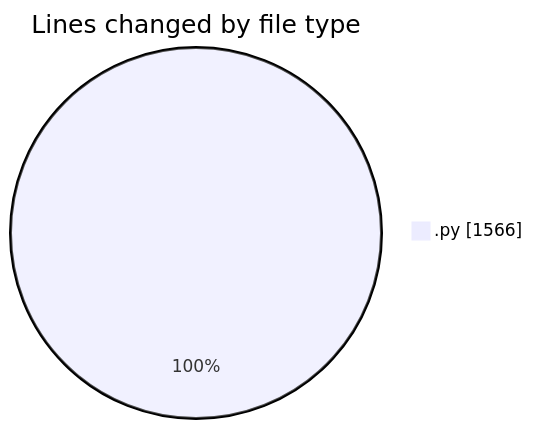
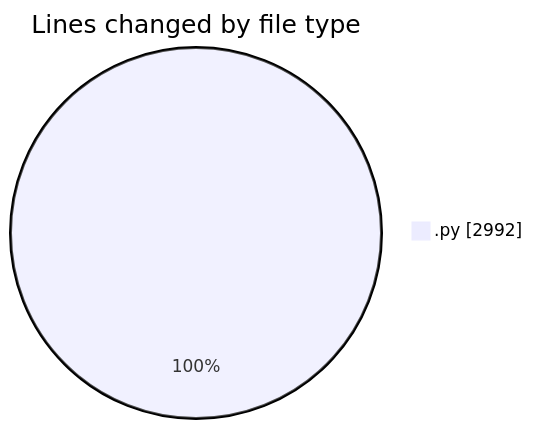
One commit to julien-gomy/code-tracking changed the first of 2 diagrams in 2025-10-08/eventscop-api-guide__workspace_/README.md. Above: the diagram before and after it, drawn with Mermaid. The commit also changed other lines of this file and 1 other file, not shown here.

````diff
--- a/2025-10-08/eventscop-api-guide__workspace_/README.md
+++ b/2025-10-08/eventscop-api-guide__workspace_/README.md
@@ -24,5 +26,5 @@
 ```mermaid
 pie showData
 title Lines changed by file type
-".py" : 1566
+".py" : 2992
 ```
````
